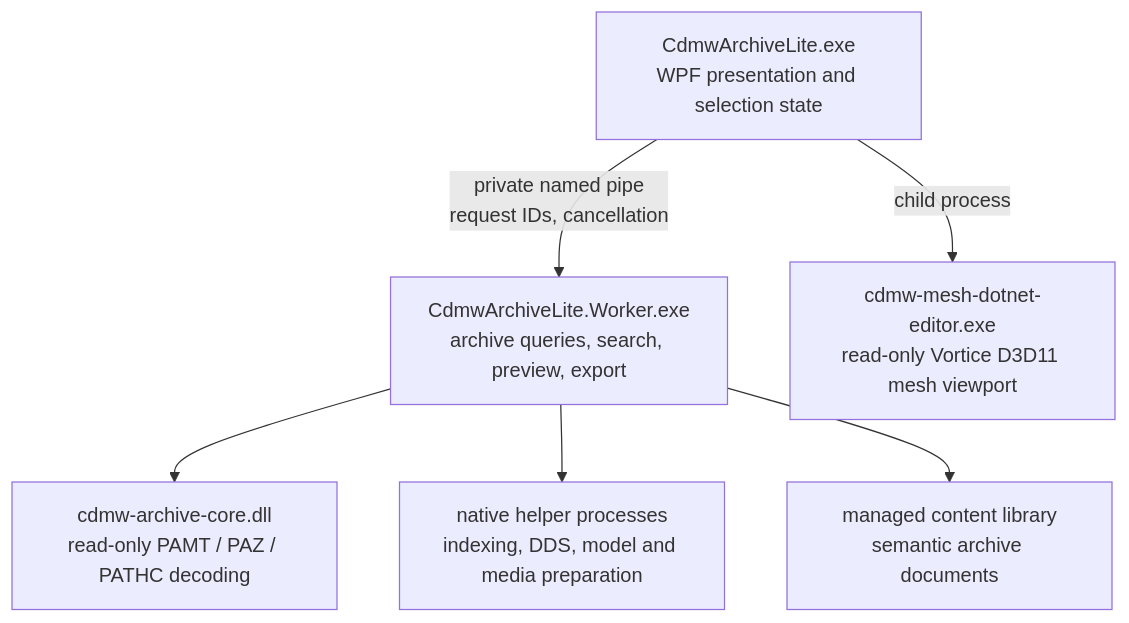
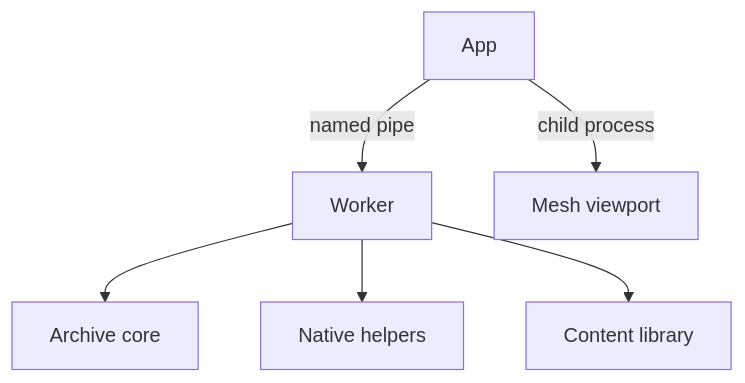
Before and after one commit to Ratty123/CDMW-Lite: the first of 2 diagrams in README.md, drawn with Mermaid. The commit also changed other lines of this file, not shown here.

First line of the commit message:
Stop the README diagrams clipping their own labels

````diff
--- a/README.md
+++ b/README.md
@@ -73,15 +73,15 @@
 ```mermaid
 flowchart TD
-    UI["CdmwArchiveLite.exe<br/>WPF presentation and selection state"]
-    W["CdmwArchiveLite.Worker.exe<br/>archive queries, search, preview, export"]
-    CORE["cdmw-archive-core.dll<br/>read-only PAMT / PAZ / PATHC decoding"]
-    HELP["native helper processes<br/>indexing, DDS, model and media preparation"]
-    CONTENT["managed content library<br/>semantic archive documents"]
-    MESH["cdmw-mesh-dotnet-editor.exe<br/>read-only Vortice D3D11 mesh viewport"]
+    UI["App"]
+    W["Worker"]
+    MESH["Mesh viewport"]
+    CORE["Archive core"]
+    HELP["Native helpers"]
+    CONTENT["Content library"]
 
-    UI -- "private named pipe<br/>request IDs, cancellation" --> W
-    UI -- "child process" --> MESH
+    UI -->|named pipe| W
+    UI -->|child process| MESH
     W --> CORE
     W --> HELP
     W --> CONTENT
 ```
````
